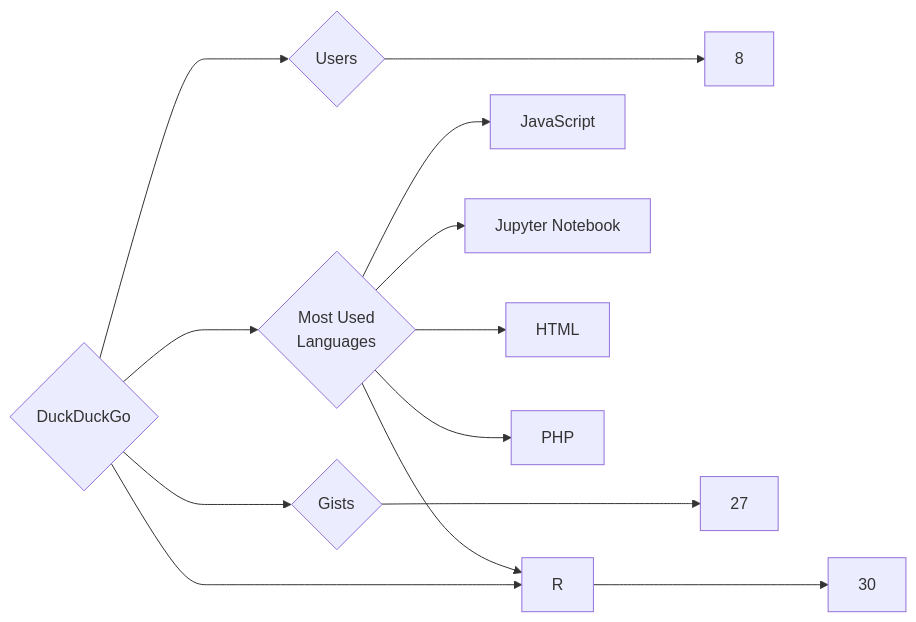
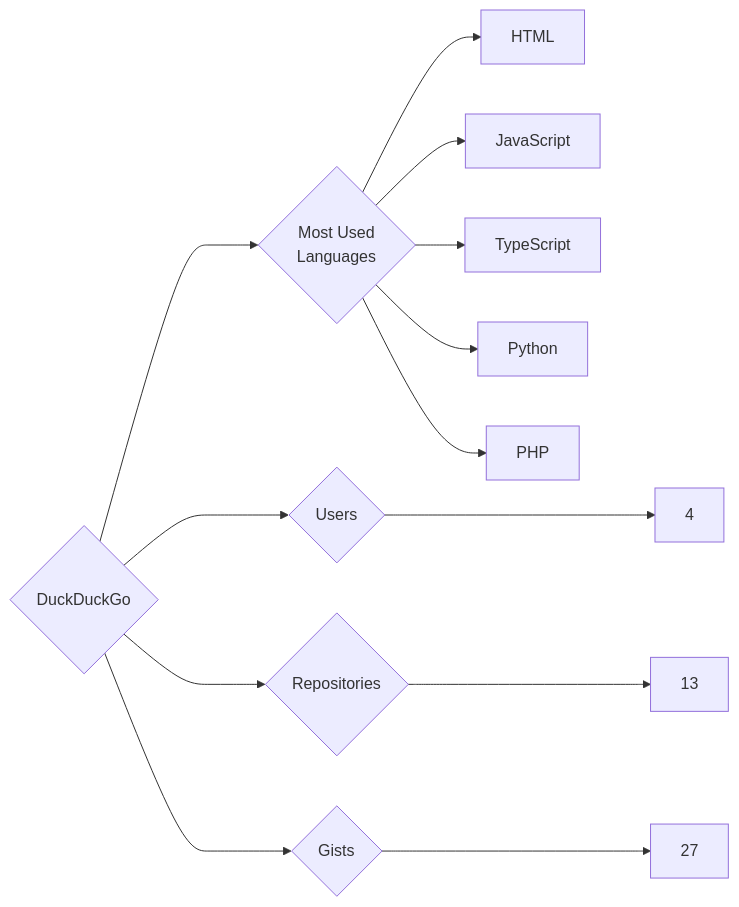
Before and after one commit to trickest/insiders: the diagram in targets/DuckDuckGo/README.md, drawn with Mermaid. The commit also changed 1212 other files, not shown here.

````diff
--- a/targets/DuckDuckGo/README.md
+++ b/targets/DuckDuckGo/README.md
@@ -3,13 +3,13 @@
 ```mermaid
 graph LR
 COMPANY_NAME{DuckDuckGo}
-COMPANY_NAME ---> U{Users} ---> UN[8]
-COMPANY_NAME ---> R{Repositories} ---> RN[30]
+COMPANY_NAME ---> U{Users} ---> UN[4]
+COMPANY_NAME ---> R{Repositories} ---> RN[13]
 COMPANY_NAME ---> G{Gists} ---> GN[27]
 COMPANY_NAME ---> ML{Most Used<br>Languages}
+ML --> HTML[HTML]
 ML --> JavaScript[JavaScript]
-ML --> Jupyter_Notebook[Jupyter Notebook]
-ML --> HTML[HTML]
+ML --> TypeScript[TypeScript]
+ML --> Python[Python]
 ML --> PHP[PHP]
-ML --> R[R]
 ```
````
